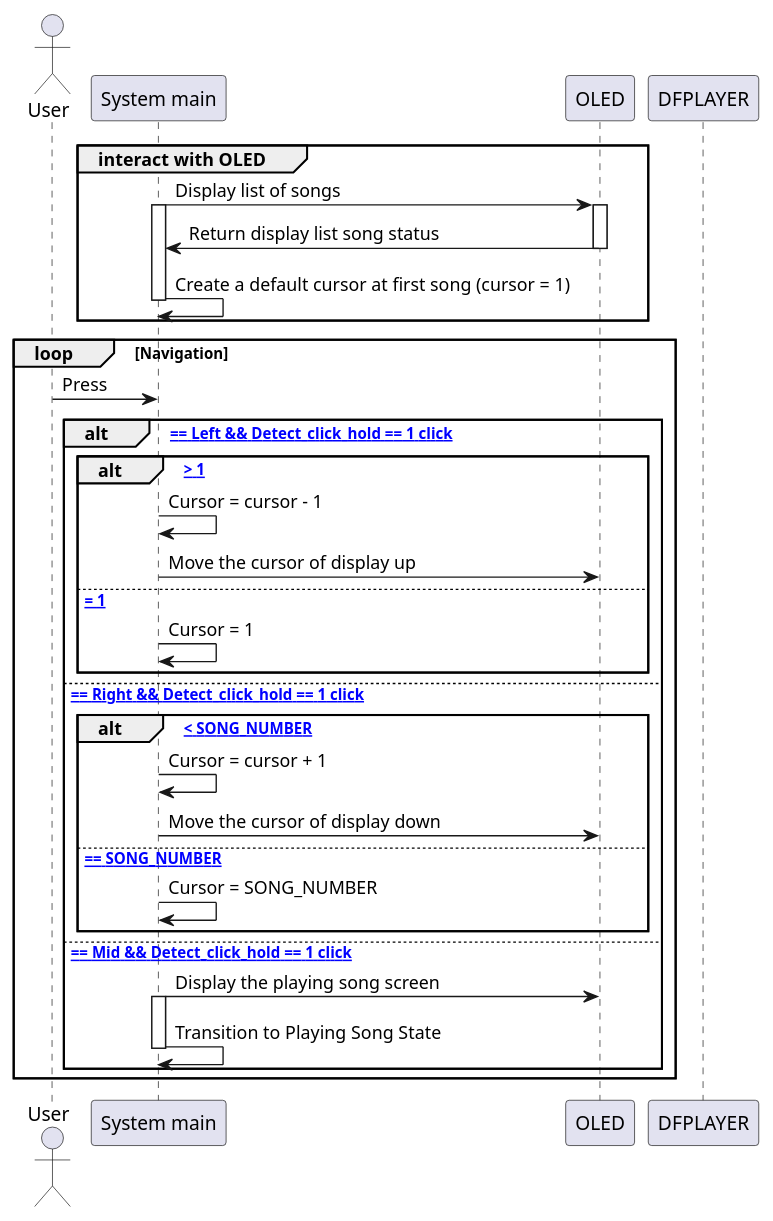
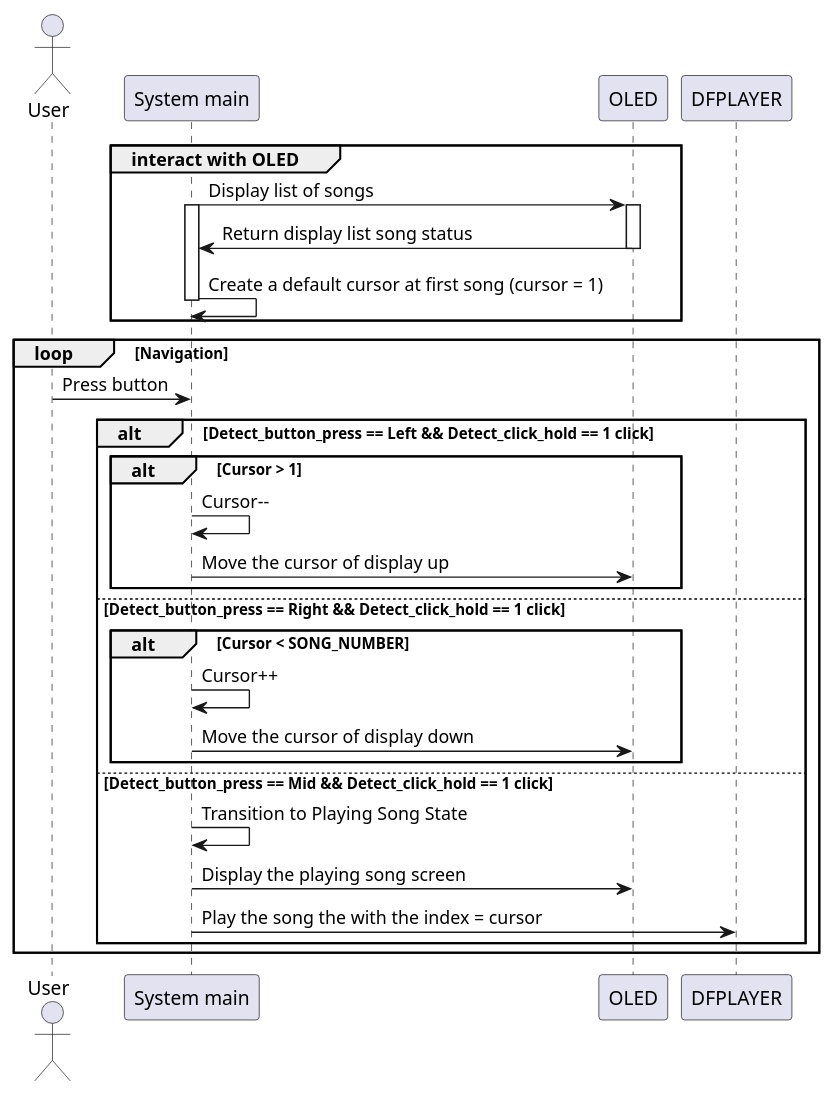
The diagram in Documents/Seqence_diagram/3_system_list_song_screen.wsd (toannguyentien-itr-intern/MP3_Player), drawn with PlantUML before and after one commit.

Commit message:
Update: Complete the loop system list song

```diff
--- a/Documents/Seqence_diagram/3_system_list_song_screen.wsd
+++ b/Documents/Seqence_diagram/3_system_list_song_screen.wsd
@@ -1,56 +1,41 @@
 @startuml system_list_song_screen
 actor User
 participant "System main"   as    System_main
 participant OLED
 participant DFPLAYER
 
 group interact with OLED
 
 System_main -> OLED: Display list of songs
 activate System_main
 activate OLED
 OLED -> System_main: Return display list song status  
 deactivate OLED
 System_main -> System_main: Create a default cursor at first song (cursor = 1)
 deactivate System_main
 
 end
 
 
-loop Navigation 
+loop Navigation
+    User -> System_main: Press button
 
-User -> System_main: Press
+    alt Detect_button_press == Left && Detect_click_hold == 1 click
+        alt Cursor > 1
+            System_main -> System_main: Cursor--
+            System_main -> OLED: Move the cursor of display up
+        end
 
-alt [Detect_button_press == Left && Detect_click_hold == 1 click]
-  alt [Cursor > 1]
-    System_main -> System_main: Cursor = cursor - 1 
-    System_main -> OLED: Move the cursor of display up
-  else [Cursor = 1]
-    System_main -> System_main: Cursor = 1
-  end
+    else Detect_button_press == Right && Detect_click_hold == 1 click
+        alt Cursor < SONG_NUMBER
+            System_main -> System_main: Cursor++
+            System_main -> OLED: Move the cursor of display down
+        end
 
-
-else [Detect_button_press == Right && Detect_click_hold == 1 click]
-  alt [Cursor < SONG_NUMBER]
-    System_main -> System_main: Cursor = cursor + 1 
-    System_main -> OLED: Move the cursor of display down
-  else [Cursor == SONG_NUMBER]
-    System_main -> System_main: Cursor = SONG_NUMBER
-  end
-
-else [Detect_button_press == Mid && Detect_click_hold == 1 click]
-  System_main -> OLED: Display the playing song screen
-  activate System_main
-  System_main -> System_main: Transition to Playing Song State
-  deactivate System_main
+    else Detect_button_press == Mid && Detect_click_hold == 1 click
+        System_main -> System_main: Transition to Playing Song State
+        System_main -> OLED: Display the playing song screen
+        System_main -> DFPLAYER: Play the song the with the index = cursor
+    end
 end
-
-end
-
-
-
-' User -> System_main: Click Mid button
-' activate System_main
-
-' System_main -> System_main: 
 @enduml
```
